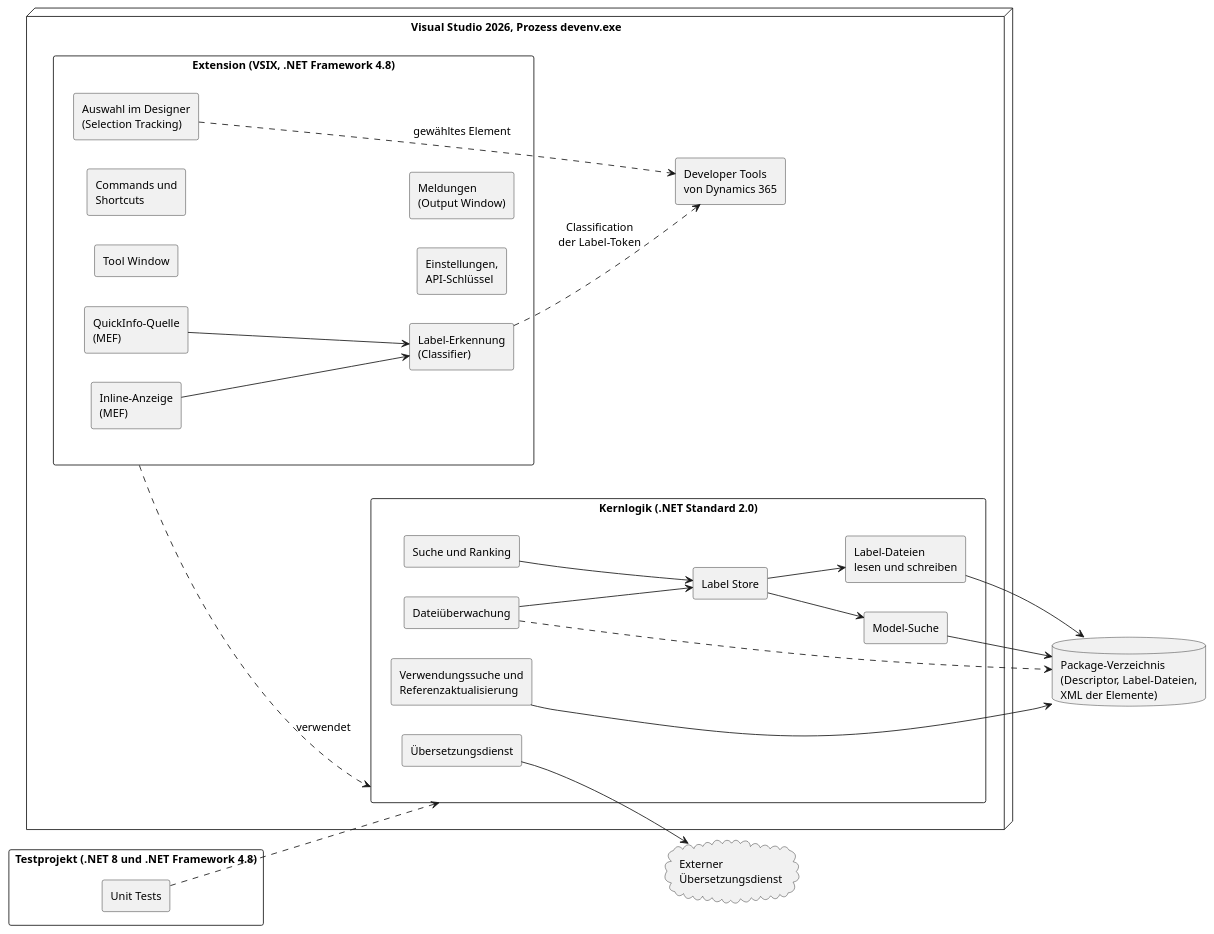
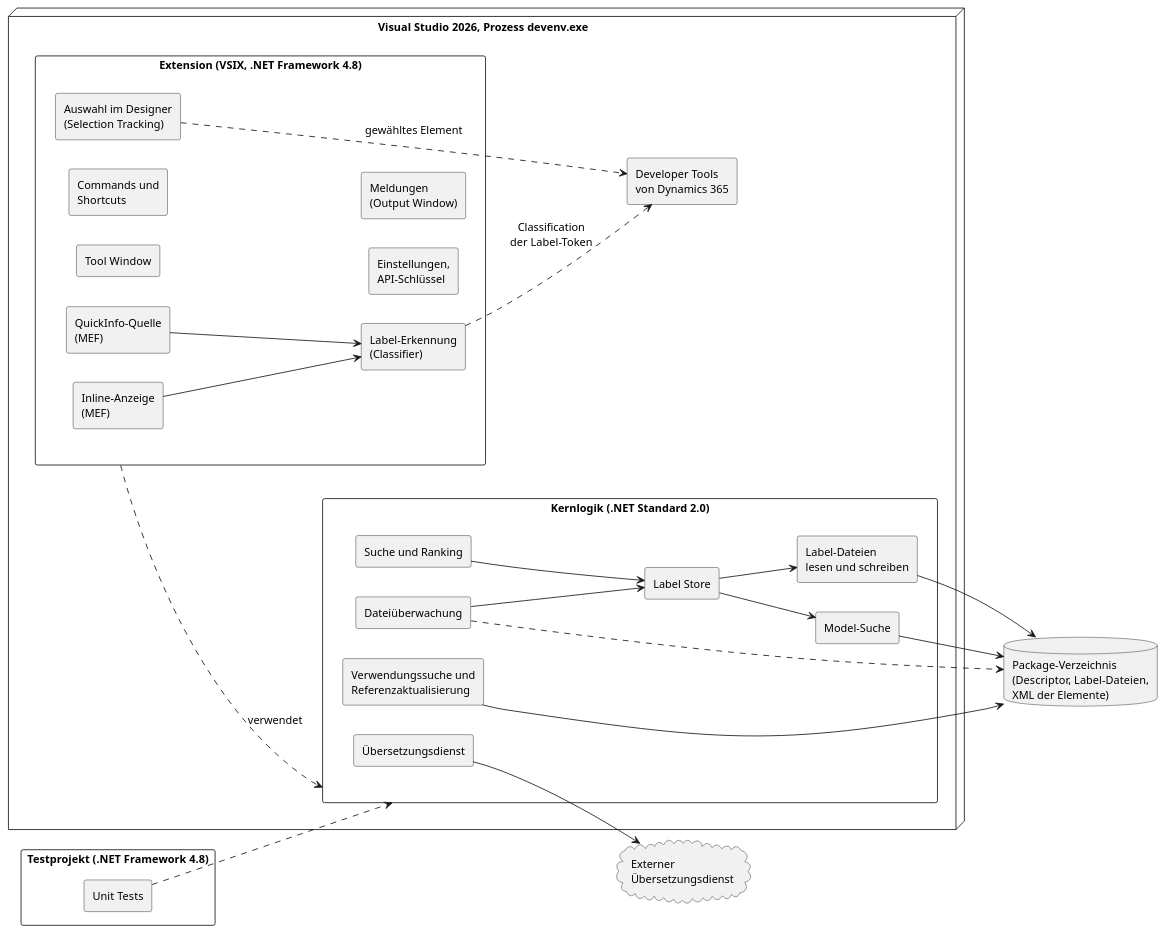
Before and after one commit to Adyrem/diploma-label-localization: the diagram in documentation/diagrams/Systemarchitektur.puml, drawn with PlantUML. The commit also changed 8 other files, not shown here.

```diff
--- a/documentation/diagrams/Systemarchitektur.puml
+++ b/documentation/diagrams/Systemarchitektur.puml
@@ -1,61 +1,61 @@
 @startuml
 ' Systemarchitektur der Extension: drei Projekte, Laufzeitumgebung und externe Systeme.
 ' Rendern: plantuml -tpng -charset UTF-8 Systemarchitektur.puml
 
 skinparam defaultFontSize 13
 skinparam componentStyle rectangle
 skinparam packageStyle rectangle
 skinparam shadowing false
 left to right direction
 
 node "Visual Studio 2026, Prozess devenv.exe" as VS {
 
   package "Extension (VSIX, .NET Framework 4.8)" as EXT {
     component "Tool Window" as TW
     component "Commands und\nShortcuts" as CMD
     component "Label-Erkennung\n(Classifier)" as REC
     component "QuickInfo-Quelle\n(MEF)" as QI
     component "Inline-Anzeige\n(MEF)" as INL
     component "Auswahl im Designer\n(Selection Tracking)" as SEL
     component "Einstellungen,\nAPI-Schlüssel" as SET
     component "Meldungen\n(Output Window)" as OUT
   }
 
   package "Kernlogik (.NET Standard 2.0)" as CORE {
     component "Label Store" as STORE
     component "Suche und Ranking" as SEARCH
     component "Label-Dateien\nlesen und schreiben" as IO
     component "Model-Suche" as MOD
     component "Verwendungssuche und\nReferenzaktualisierung" as REF
     component "Dateiüberwachung" as WATCH
     component "Übersetzungsdienst" as TR
   }
 
   component "Developer Tools\nvon Dynamics 365" as D365
 }
 
-package "Testprojekt (.NET 8 und .NET Framework 4.8)" as TEST {
+package "Testprojekt (.NET Framework 4.8)" as TEST {
   component "Unit Tests" as UT
 }
 
 database "Package-Verzeichnis\n(Descriptor, Label-Dateien,\nXML der Elemente)" as PKG
 cloud "Externer\nÜbersetzungsdienst" as SVC
 
 EXT ..> CORE : verwendet
 QI --> REC
 INL --> REC
 REC ..> D365 : Classification\nder Label-Token
 SEL ..> D365 : gewähltes Element
 
 SEARCH --> STORE
 STORE --> IO
 STORE --> MOD
 WATCH --> STORE
 IO --> PKG
 MOD --> PKG
 REF --> PKG
 WATCH ..> PKG
 TR --> SVC
 
 UT ..> CORE
 @enduml
```
